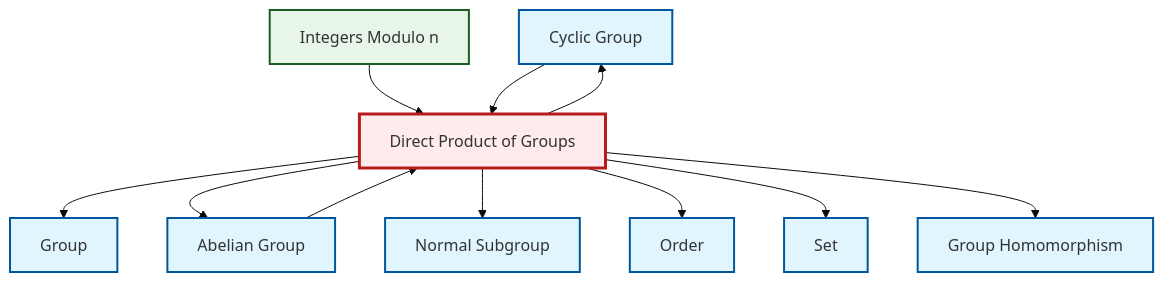
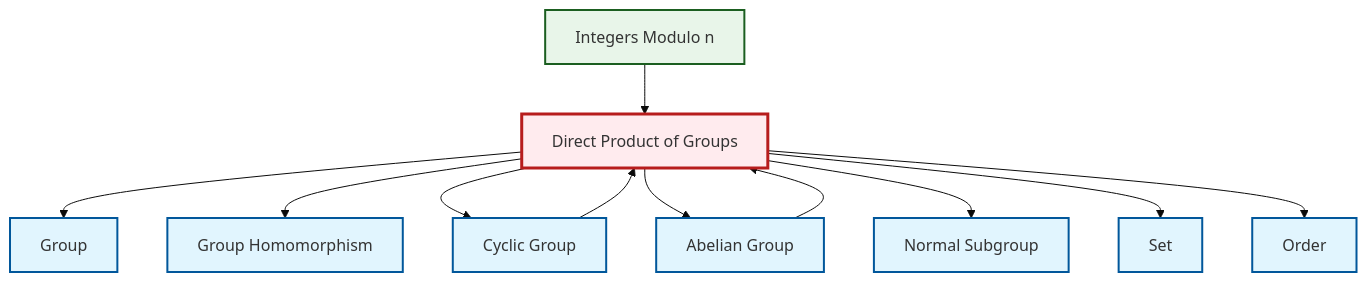
The diagram in output/mermaid/en/def-direct-product.mermaid (RK0429/ModernMath), drawn with Mermaid (base theme) before and after one commit. The commit also changed other lines of this file and 3110 other files, not shown here.

```diff
--- a/output/mermaid/en/def-direct-product.mermaid
+++ b/output/mermaid/en/def-direct-product.mermaid
@@ -1,26 +1,26 @@
 graph TD
     classDef definition fill:#e1f5fe,stroke:#01579b,stroke-width:2px
     classDef theorem fill:#f3e5f5,stroke:#4a148c,stroke-width:2px
     classDef axiom fill:#fff3e0,stroke:#e65100,stroke-width:2px
     classDef example fill:#e8f5e9,stroke:#1b5e20,stroke-width:2px
     classDef current fill:#ffebee,stroke:#b71c1c,stroke-width:3px
-    def-homomorphism["Group Homomorphism"]:::definition
     def-set["Set"]:::definition
-    def-cyclic-group["Cyclic Group"]:::definition
-    def-group["Group"]:::definition
     def-direct-product["Direct Product of Groups"]:::definition
     ex-quotient-integers-mod-n["Integers Modulo n"]:::example
+    def-group["Group"]:::definition
     def-normal-subgroup["Normal Subgroup"]:::definition
     def-order["Order"]:::definition
     def-abelian-group["Abelian Group"]:::definition
+    def-cyclic-group["Cyclic Group"]:::definition
+    def-homomorphism["Group Homomorphism"]:::definition
     def-direct-product --> def-group
+    def-direct-product --> def-homomorphism
+    def-cyclic-group --> def-direct-product
+    def-direct-product --> def-cyclic-group
     ex-quotient-integers-mod-n --> def-direct-product
     def-direct-product --> def-abelian-group
+    def-abelian-group --> def-direct-product
     def-direct-product --> def-normal-subgroup
-    def-direct-product --> def-cyclic-group
+    def-direct-product --> def-set
     def-direct-product --> def-order
-    def-direct-product --> def-set
-    def-direct-product --> def-homomorphism
-    def-abelian-group --> def-direct-product
-    def-cyclic-group --> def-direct-product
     class def-direct-product current
```
